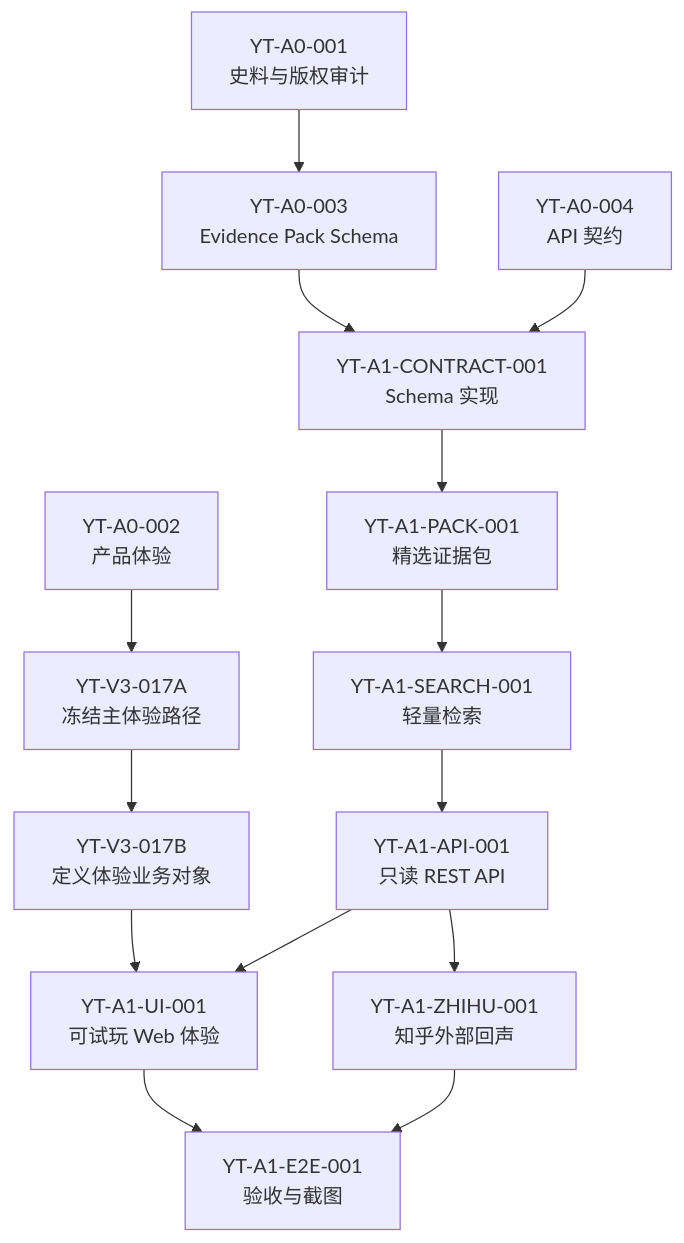
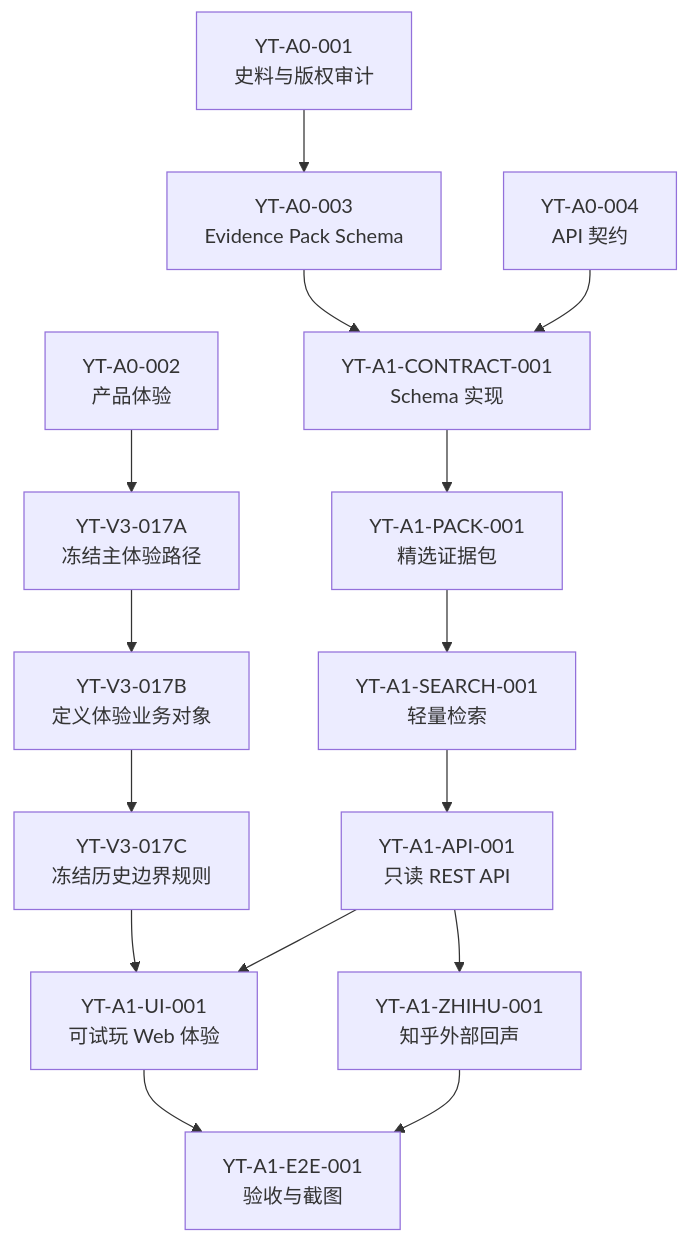
One commit to baijianqing/yantie-history changed the diagram in docs/YANTIE_TASK_BREAKDOWN.md. Above: the diagram before and after it, drawn with Mermaid. The commit also changed other lines of this file, not shown here.

````diff
--- a/docs/YANTIE_TASK_BREAKDOWN.md
+++ b/docs/YANTIE_TASK_BREAKDOWN.md
@@ -24,17 +24,18 @@
 ```mermaid
 flowchart TB
     A001["YT-A0-001<br/>史料与版权审计"] --> A003["YT-A0-003<br/>Evidence Pack Schema"]
     A002["YT-A0-002<br/>产品体验"]
     A003 --> C001["YT-A1-CONTRACT-001<br/>Schema 实现"]
     A004["YT-A0-004<br/>API 契约"] --> C001
     C001 --> P001["YT-A1-PACK-001<br/>精选证据包"]
     P001 --> S001["YT-A1-SEARCH-001<br/>轻量检索"]
     S001 --> API001["YT-A1-API-001<br/>只读 REST API"]
     API001 --> UI001["YT-A1-UI-001<br/>可试玩 Web 体验"]
     API001 --> ZH001["YT-A1-ZHIHU-001<br/>知乎外部回声"]
     UI001 --> E2E001["YT-A1-E2E-001<br/>验收与截图"]
     ZH001 --> E2E001
     A002 --> V3017A["YT-V3-017A<br/>冻结主体验路径"]
     V3017A --> V3017B["YT-V3-017B<br/>定义体验业务对象"]
-    V3017B --> UI001
+    V3017B --> V3017C["YT-V3-017C<br/>冻结历史边界规则"]
+    V3017C --> UI001
 ```
````
